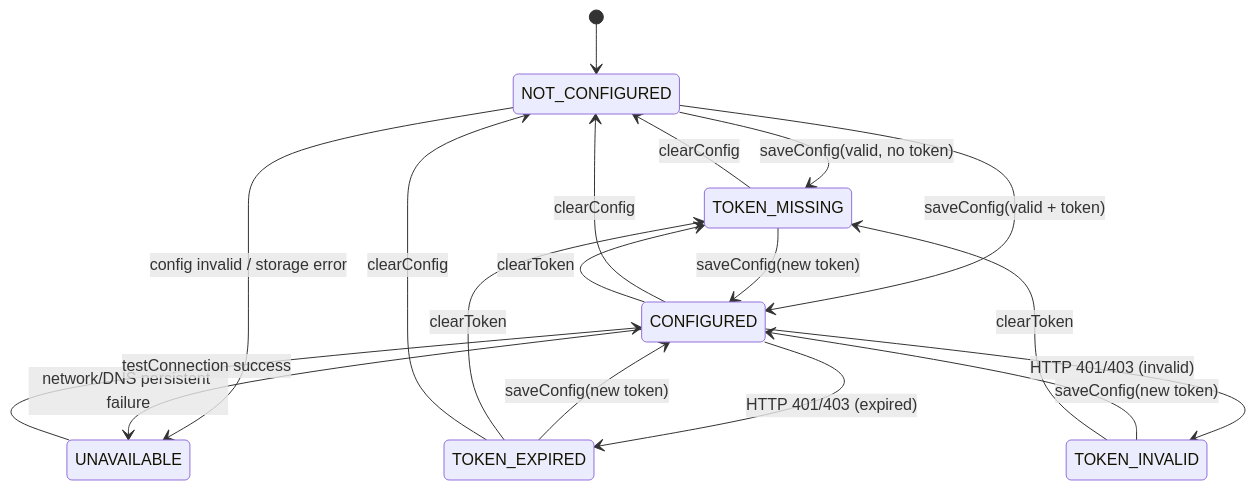
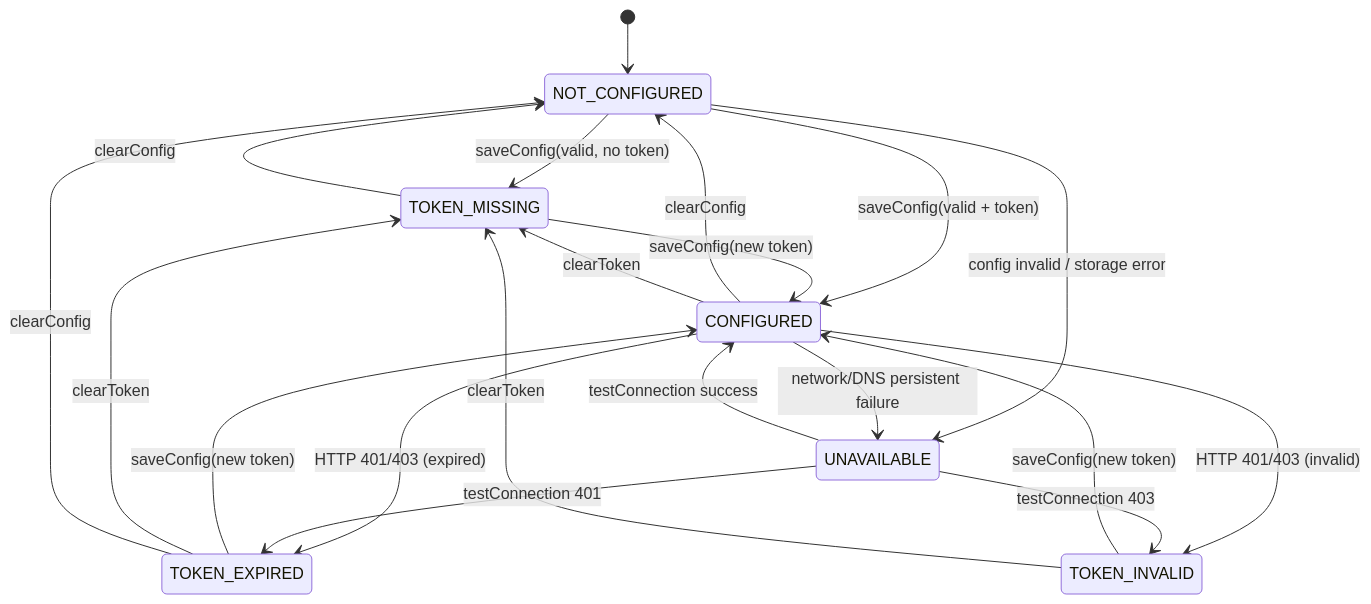
One commit to Quirkybrain/YaoCore changed diagram 11 of 24 in artifacts/40-detailed-design/des-001b-domain-presentation.md. Above: the diagram before and after it, drawn with Mermaid. The commit also changed other lines of this file, not shown here.

````diff
--- a/artifacts/40-detailed-design/des-001b-domain-presentation.md
+++ b/artifacts/40-detailed-design/des-001b-domain-presentation.md
@@ -2687,20 +2735,22 @@
 ```mermaid
 stateDiagram-v2
     [*] --> NOT_CONFIGURED
     NOT_CONFIGURED --> TOKEN_MISSING: saveConfig(valid, no token)
     NOT_CONFIGURED --> CONFIGURED: saveConfig(valid + token)
     NOT_CONFIGURED --> UNAVAILABLE: config invalid / storage error
     CONFIGURED --> TOKEN_EXPIRED: HTTP 401/403 (expired)
     CONFIGURED --> TOKEN_INVALID: HTTP 401/403 (invalid)
     TOKEN_EXPIRED --> CONFIGURED: saveConfig(new token)
     TOKEN_INVALID --> CONFIGURED: saveConfig(new token)
     TOKEN_MISSING --> CONFIGURED: saveConfig(new token)
     CONFIGURED --> UNAVAILABLE: network/DNS persistent failure
     UNAVAILABLE --> CONFIGURED: testConnection success
+    UNAVAILABLE --> TOKEN_EXPIRED: testConnection 401
+    UNAVAILABLE --> TOKEN_INVALID: testConnection 403
     CONFIGURED --> NOT_CONFIGURED: clearConfig
     TOKEN_MISSING --> NOT_CONFIGURED: clearConfig
     CONFIGURED --> TOKEN_MISSING: clearToken
     TOKEN_EXPIRED --> TOKEN_MISSING: clearToken
     TOKEN_INVALID --> TOKEN_MISSING: clearToken
     TOKEN_EXPIRED --> NOT_CONFIGURED: clearConfig
 ```
````
